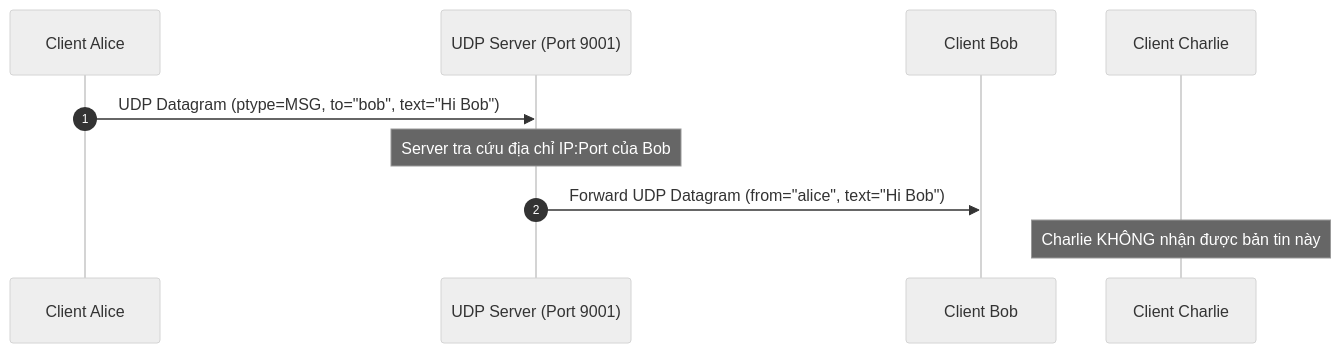
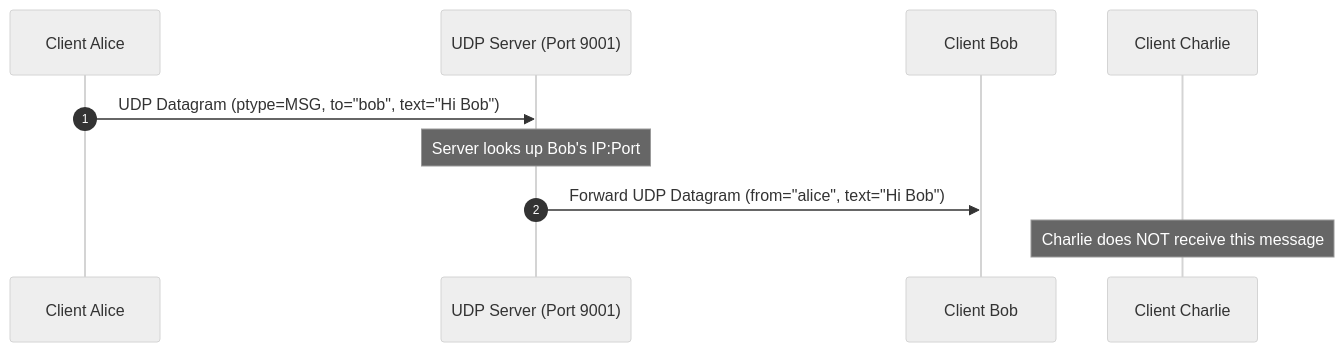
One commit to Smokiestfox/networking-app-assignment changed the seventh of 9 diagrams in docs/protocol.md. Above: the diagram before and after it, drawn with Mermaid (neutral theme). The commit also changed other lines of this file and 1 other file, not shown here.

````diff
--- a/docs/protocol.md
+++ b/docs/protocol.md
@@ -522,13 +522,13 @@
 ```mermaid
 sequenceDiagram
     autonumber
     participant Alice as Client Alice
     participant Server as UDP Server (Port 9001)
     participant Bob as Client Bob
     participant Charlie as Client Charlie
 
     Alice->>Server: UDP Datagram (ptype=MSG, to="bob", text="Hi Bob")
-    Note over Server: Server tra cứu địa chỉ IP:Port của Bob
+    Note over Server: Server looks up Bob's IP:Port
     Server->>Bob: Forward UDP Datagram (from="alice", text="Hi Bob")
-    Note over Charlie: Charlie KHÔNG nhận được bản tin này
+    Note over Charlie: Charlie does NOT receive this message
 ```
````
